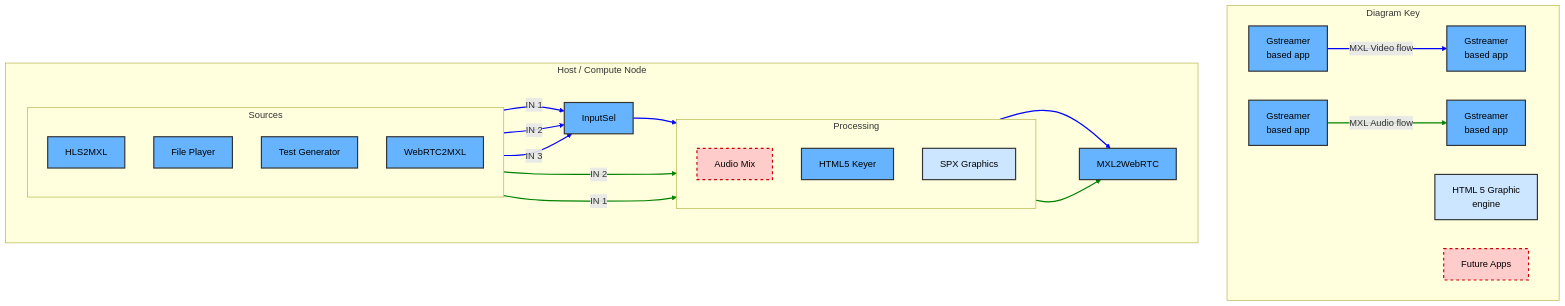
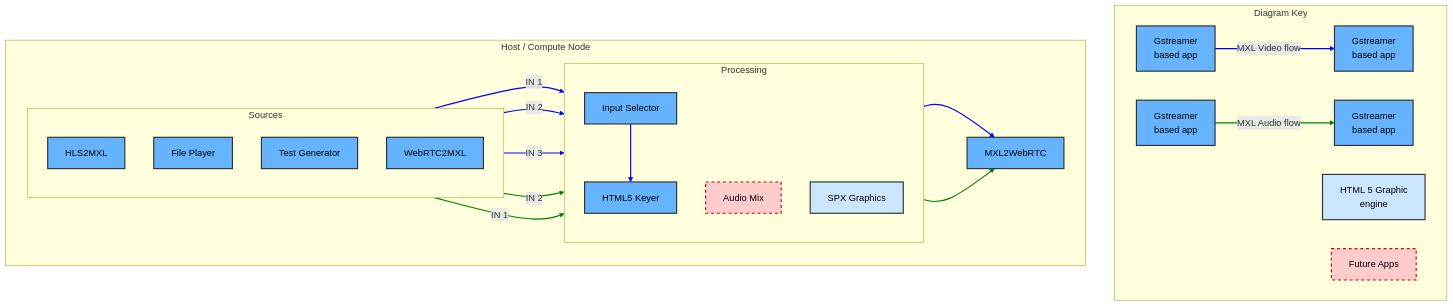
The diagram in Exercises/Exercise4.md (cbcrc/mxl-hands-on), drawn with Mermaid before and after one commit. The commit also changed other lines of this file and 13 other files, not shown here.

```diff
--- a/Exercises/Exercise4.md
+++ b/Exercises/Exercise4.md
@@ -21,6 +21,7 @@
             %% --- Stage 2: Processing ---
             subgraph Processing [Processing]
                 direction TB
+                InputSel[Input Selector]
                 AudioMix[Audio Mix]
                 HTML5Keyer[HTML5 Keyer]
                 SPXGraphics[SPX Graphics]
```
